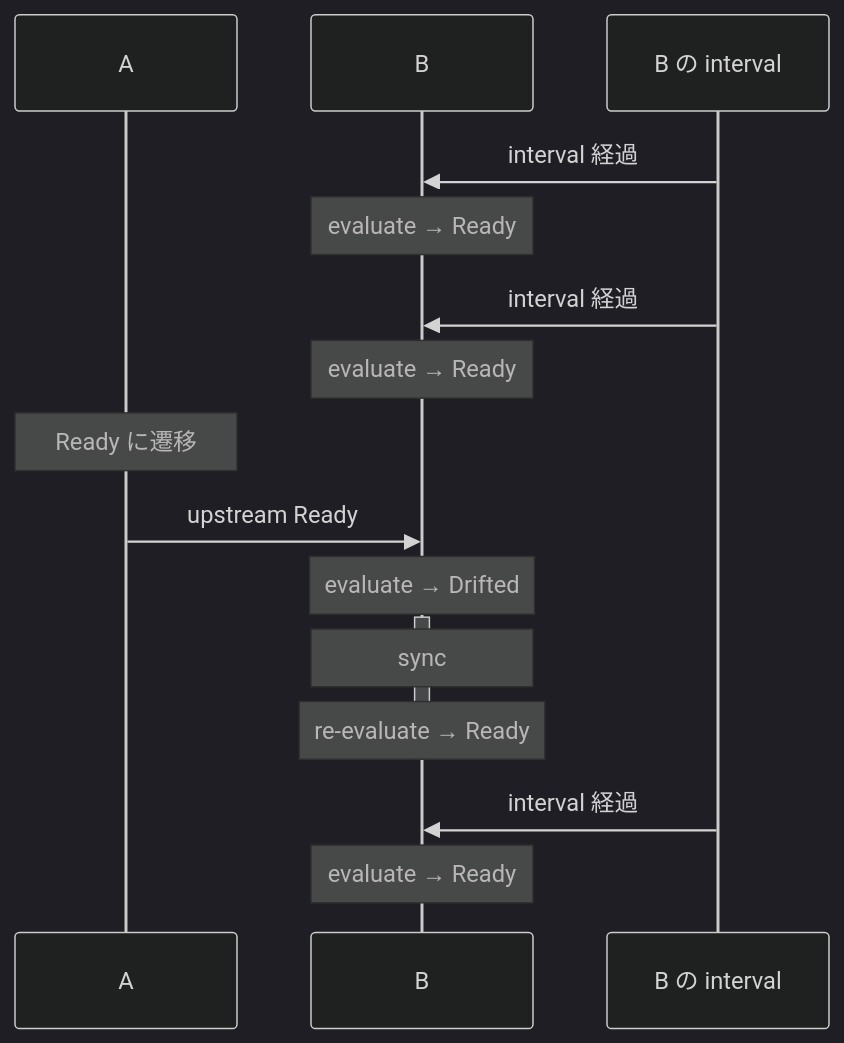
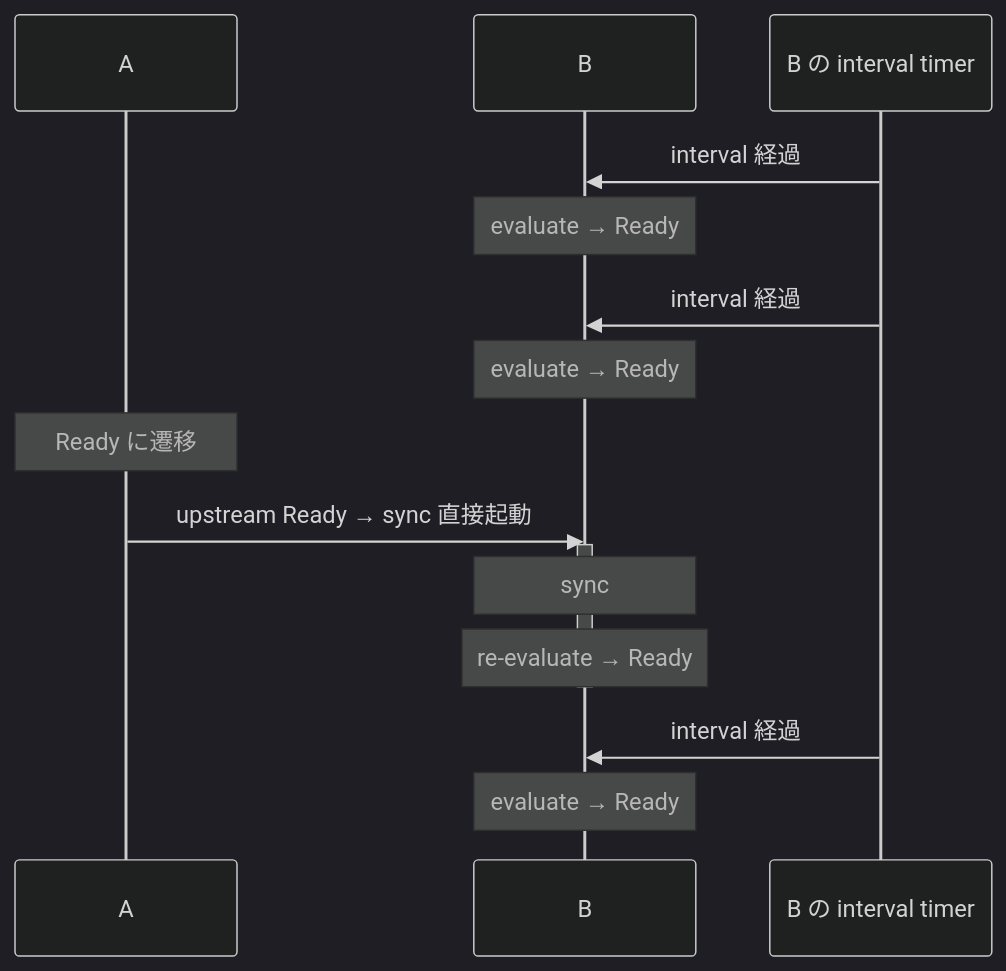
One commit to nagi-project/nagi changed diagram 11 of 13 in docs/architecture/serve-scenarios.md. Above: the diagram before and after it, drawn with Mermaid (dark theme). The commit also changed other lines of this file and 19 other files, not shown here.

First line of the commit message:
feat: add evaluate/sync concurrency limits per Controller

````diff
--- a/docs/architecture/serve-scenarios.md
+++ b/docs/architecture/serve-scenarios.md
@@ -217,23 +217,22 @@
 ```mermaid
 sequenceDiagram
     participant A
     participant B
-    participant Timer as B の interval
+    participant Timer as B の interval timer
 
     Timer->>B: interval 経過
     Note over B: evaluate → Ready
 
     Timer->>B: interval 経過
     Note over B: evaluate → Ready
 
     Note over A: Ready に遷移
-    A->>B: upstream Ready
-    Note over B: evaluate → Drifted
+    A->>B: upstream Ready → sync 直接起動
     activate B
     Note over B: sync
     Note over B: re-evaluate → Ready
     deactivate B
 
     Timer->>B: interval 経過
     Note over B: evaluate → Ready
 ```
````
